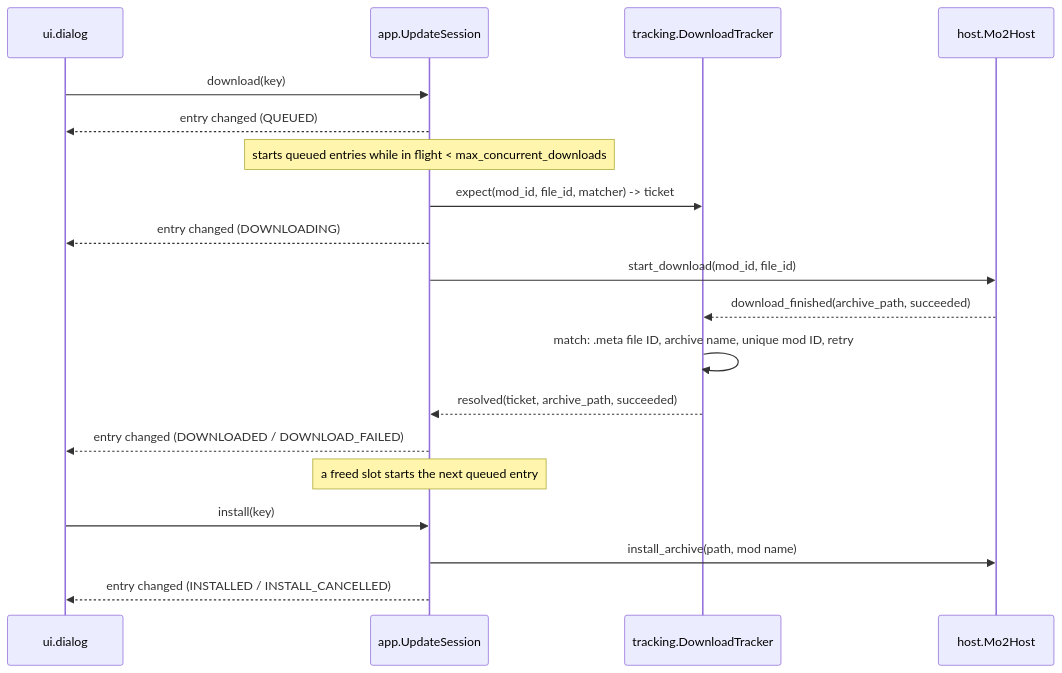
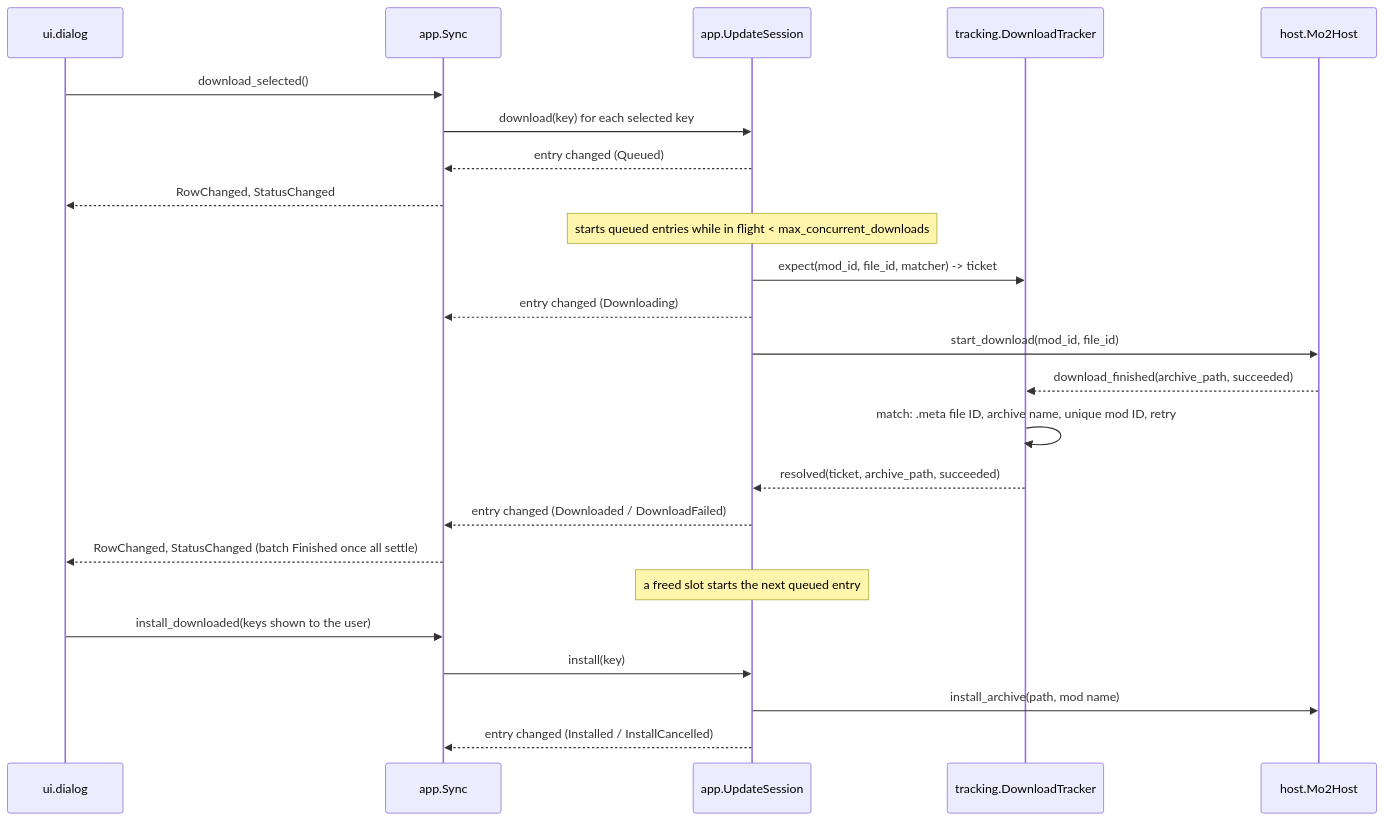
One commit to bnwa/mo2-nexus-auto-update changed the third of 3 diagrams in ARCH.md. Above: the diagram before and after it, drawn with Mermaid. The commit also changed other lines of this file and 10 other files, not shown here.

````diff
--- a/ARCH.md
+++ b/ARCH.md
@@ -165,21 +170,26 @@
 ```mermaid
 sequenceDiagram
     participant UI as ui.dialog
+    participant Y as app.Sync
     participant S as app.UpdateSession
     participant T as tracking.DownloadTracker
     participant H as host.Mo2Host
-    UI->>S: download(key)
-    S-->>UI: entry changed (QUEUED)
+    UI->>Y: download_selected()
+    Y->>S: download(key) for each selected key
+    S-->>Y: entry changed (Queued)
+    Y-->>UI: RowChanged, StatusChanged
     Note over S: starts queued entries while in flight < max_concurrent_downloads
     S->>T: expect(mod_id, file_id, matcher) -> ticket
-    S-->>UI: entry changed (DOWNLOADING)
+    S-->>Y: entry changed (Downloading)
     S->>H: start_download(mod_id, file_id)
     H-->>T: download_finished(archive_path, succeeded)
     T->>T: match: .meta file ID, archive name, unique mod ID, retry
     T-->>S: resolved(ticket, archive_path, succeeded)
-    S-->>UI: entry changed (DOWNLOADED / DOWNLOAD_FAILED)
+    S-->>Y: entry changed (Downloaded / DownloadFailed)
+    Y-->>UI: RowChanged, StatusChanged (batch Finished once all settle)
     Note over S: a freed slot starts the next queued entry
-    UI->>S: install(key)
+    UI->>Y: install_downloaded(keys shown to the user)
+    Y->>S: install(key)
     S->>H: install_archive(path, mod name)
-    S-->>UI: entry changed (INSTALLED / INSTALL_CANCELLED)
+    S-->>Y: entry changed (Installed / InstallCancelled)
 ```
````
